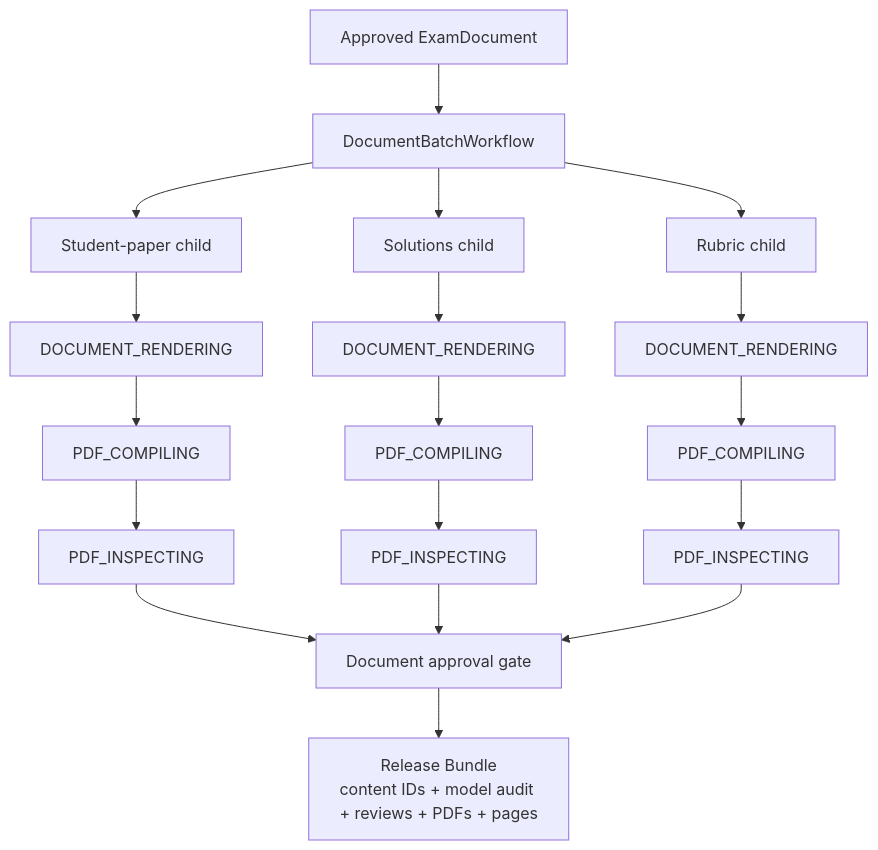
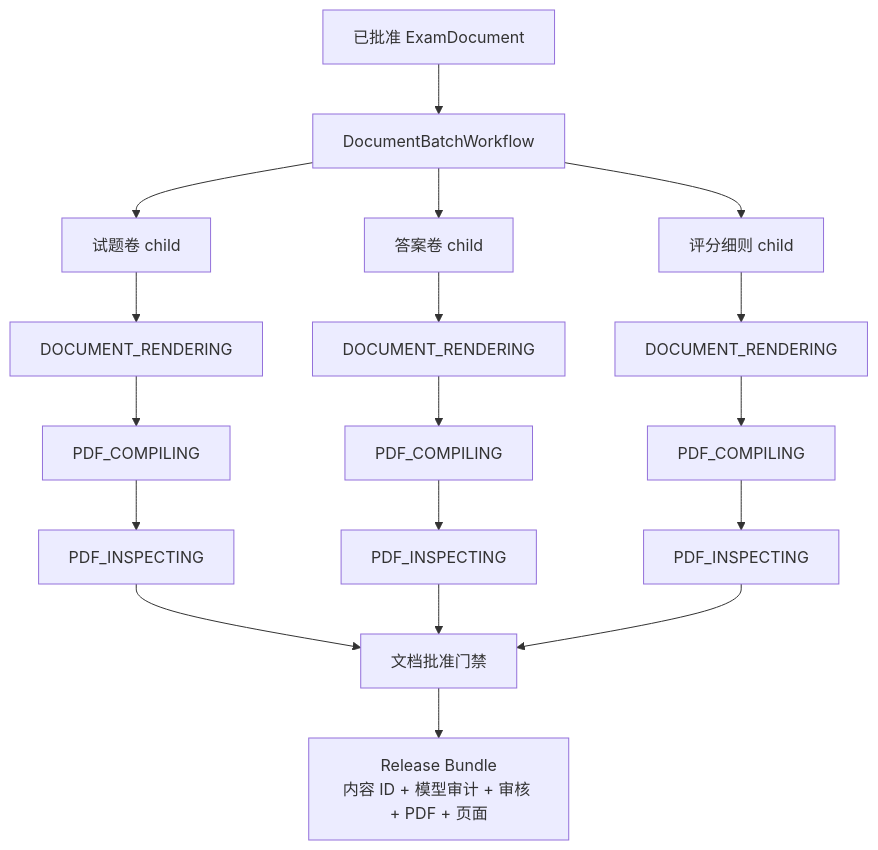
One commit to kyc001/assessment-workbench changed diagram 12 of 13 in README.md. Above: the diagram before and after it, drawn with Mermaid. The commit also changed other lines of this file and 2 other files, not shown here.

````diff
--- a/README.md
+++ b/README.md
@@ -574,16 +574,16 @@
 ```mermaid
 flowchart TB
-    Exam["Approved ExamDocument"] --> Batch["DocumentBatchWorkflow"]
-    Batch --> Q["Student-paper child"]
-    Batch --> S["Solutions child"]
-    Batch --> R["Rubric child"]
+    Exam["已批准 ExamDocument"] --> Batch["DocumentBatchWorkflow"]
+    Batch --> Q["试题卷 child"]
+    Batch --> S["答案卷 child"]
+    Batch --> R["评分细则 child"]
 
     Q --> QR["DOCUMENT_RENDERING"] --> QC["PDF_COMPILING"] --> QI["PDF_INSPECTING"]
     S --> SR["DOCUMENT_RENDERING"] --> SC["PDF_COMPILING"] --> SI["PDF_INSPECTING"]
     R --> RR["DOCUMENT_RENDERING"] --> RC["PDF_COMPILING"] --> RI["PDF_INSPECTING"]
 
-    QI --> Gate["Document approval gate"]
+    QI --> Gate["文档批准门禁"]
     SI --> Gate
     RI --> Gate
-    Gate --> Bundle["Release Bundle\ncontent IDs + model audit + reviews + PDFs + pages"]
+    Gate --> Bundle["Release Bundle\n内容 ID + 模型审计 + 审核 + PDF + 页面"]
 ```
````
